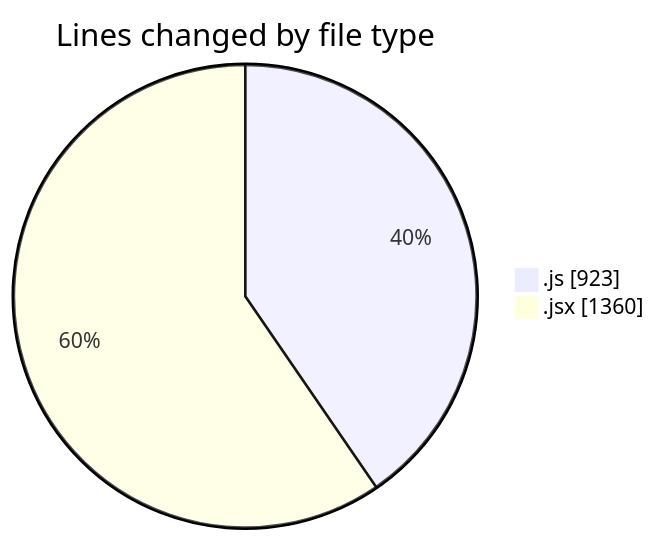
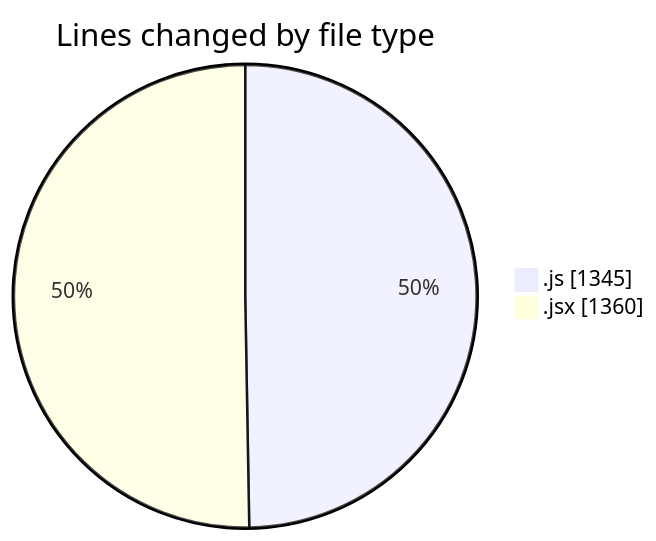
Before and after one commit to nxtqubesakshisongat/code-tracking: the first of 2 diagrams in 2025-07-23/nxtqube_webapp/README.md, drawn with Mermaid. The commit also changed other lines of this file and 1 other file, not shown here.

````diff
--- a/2025-07-23/nxtqube_webapp/README.md
+++ b/2025-07-23/nxtqube_webapp/README.md
@@ -25,6 +34,6 @@
 ```mermaid
 pie showData
 title Lines changed by file type
-".js" : 923
+".js" : 1345
 ".jsx" : 1360
 ```
````
